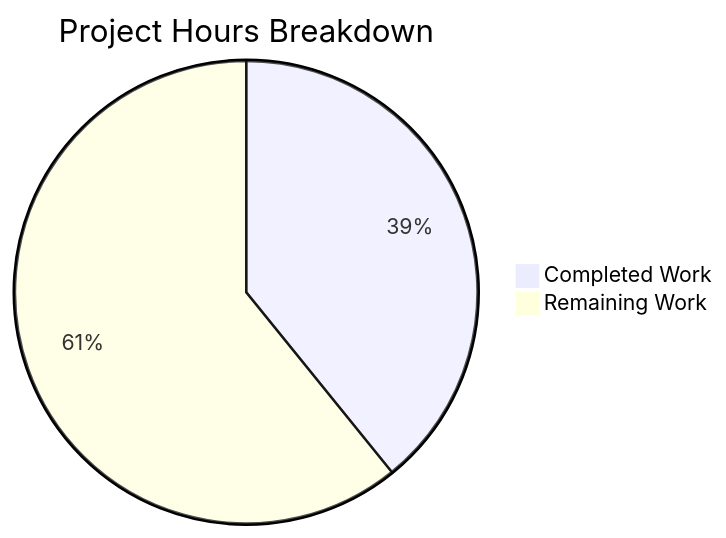
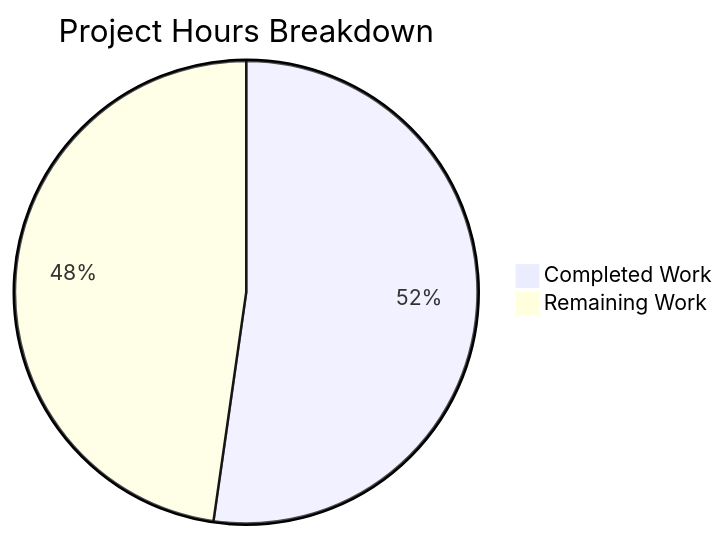
The diagram in blitzy/documentation/Project Guide.md (ankit-blitzy/test-repo), drawn with Mermaid before and after one commit. The commit also changed other lines of this file, not shown here.

Commit message:
Adding Blitzy Project Guide: Project Status and Human Tasks Remaining

````diff
--- a/blitzy/documentation/Project Guide.md
+++ b/blitzy/documentation/Project Guide.md
@@ -52,5 +69,5 @@
 ```mermaid
 pie title Project Hours Breakdown
-    "Completed Work" : 47
-    "Remaining Work" : 73
+    "Completed Work" : 127
+    "Remaining Work" : 116
 ```
````
